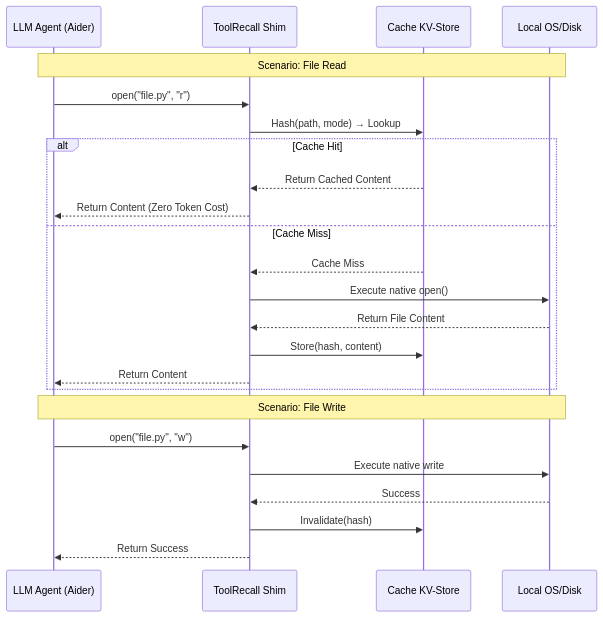
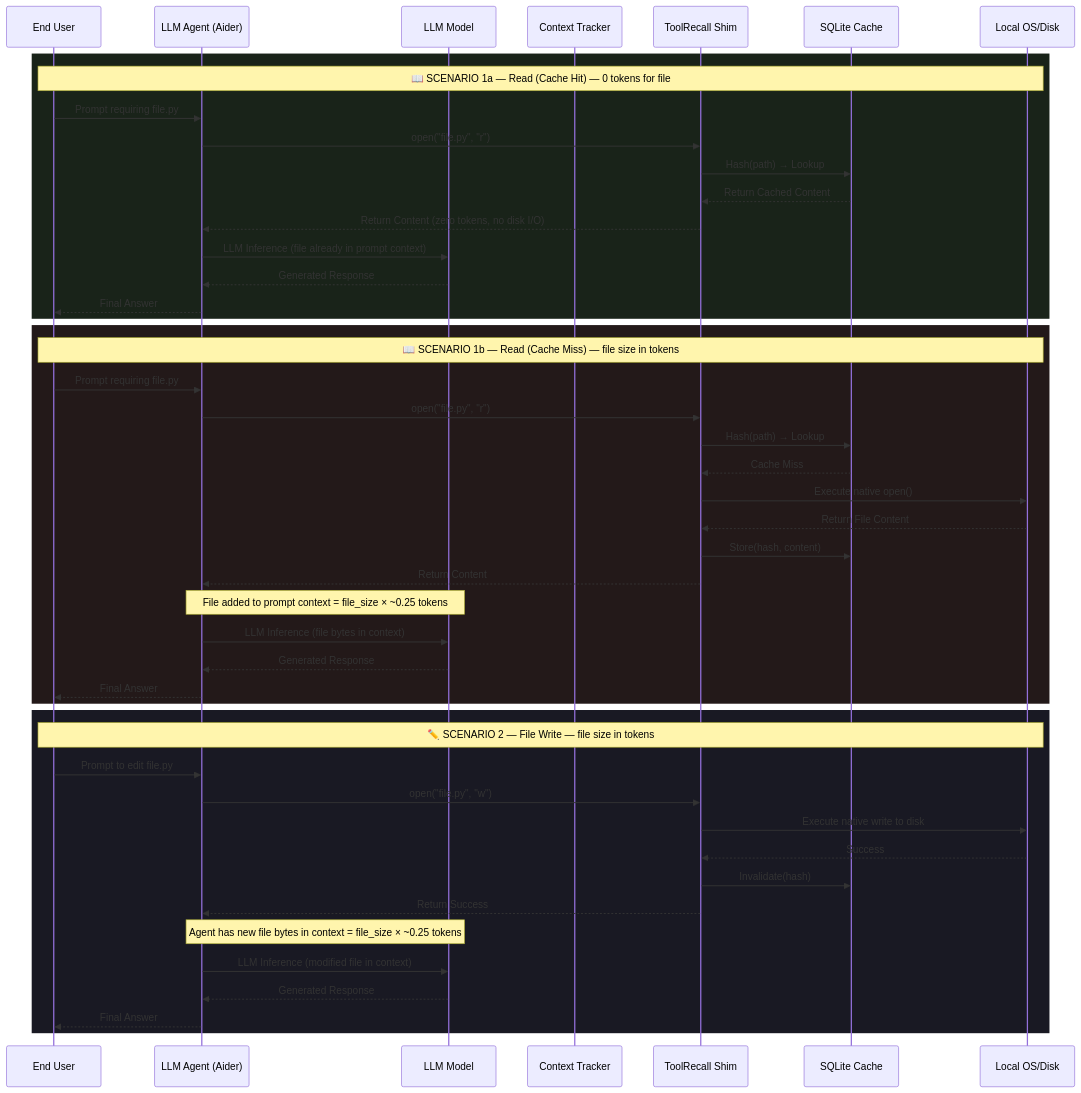
The second of 2 diagrams in docs/ARCHITECTURE_DIAGRAM.md (whiskybeer/toolrecall), drawn with Mermaid before and after one commit. The commit also changed other lines of this file, not shown here.

First line of the commit message:
docs: expand ARCHITECTURE_DIAGRAM with System block diagram, End User/Model/Context Tracker, token costs, SHIM_DISABLE docs

````diff
--- a/docs/ARCHITECTURE_DIAGRAM.md
+++ b/docs/ARCHITECTURE_DIAGRAM.md
@@ -20,29 +68,52 @@
 ```mermaid
 sequenceDiagram
+    participant User as End User
     participant Agent as LLM Agent (Aider)
+    participant Model as LLM Model
+    participant CT as Context Tracker
     participant Shim as ToolRecall Shim
-    participant KV as Cache KV-Store
+    participant SQLite as SQLite Cache
     participant OS as Local OS/Disk
 
-    Note over Agent, OS: Scenario: File Read
+    rect rgb(25, 35, 25)
+    Note over User, OS: 📖 SCENARIO 1a — Read (Cache Hit) — 0 tokens for file
+    User->>Agent: Prompt requiring file.py
     Agent->>Shim: open("file.py", "r")
-    Shim->>KV: Hash(path, mode) → Lookup
-    
-    alt Cache Hit
-        KV-->>Shim: Return Cached Content
-        Shim-->>Agent: Return Content (Zero Token Cost)
-    else Cache Miss
-        KV-->>Shim: Cache Miss
-        Shim->>OS: Execute native open()
-        OS-->>Shim: Return File Content
-        Shim->>KV: Store(hash, content)
-        Shim-->>Agent: Return Content
+    Shim->>SQLite: Hash(path) → Lookup
+    SQLite-->>Shim: Return Cached Content
+    Shim-->>Agent: Return Content (zero tokens, no disk I/O)
+    Agent->>Model: LLM Inference (file already in prompt context)
+    Model-->>Agent: Generated Response
+    Agent-->>User: Final Answer
     end
 
-    Note over Agent, OS: Scenario: File Write
+    rect rgb(35, 25, 25)
+    Note over User, OS: 📖 SCENARIO 1b — Read (Cache Miss) — file size in tokens
+    User->>Agent: Prompt requiring file.py
+    Agent->>Shim: open("file.py", "r")
+    Shim->>SQLite: Hash(path) → Lookup
+    SQLite-->>Shim: Cache Miss
+    Shim->>OS: Execute native open()
+    OS-->>Shim: Return File Content
+    Shim->>SQLite: Store(hash, content)
+    Shim-->>Agent: Return Content
+    Note over Agent, Model: File added to prompt context = file_size × ~0.25 tokens
+    Agent->>Model: LLM Inference (file bytes in context)
+    Model-->>Agent: Generated Response
+    Agent-->>User: Final Answer
+    end
+
+    rect rgb(25, 25, 35)
+    Note over User, OS: ✏️ SCENARIO 2 — File Write — file size in tokens
+    User->>Agent: Prompt to edit file.py
     Agent->>Shim: open("file.py", "w")
-    Shim->>OS: Execute native write
+    Shim->>OS: Execute native write to disk
     OS-->>Shim: Success
-    Shim->>KV: Invalidate(hash)
+    Shim->>SQLite: Invalidate(hash)
     Shim-->>Agent: Return Success
+    Note over Agent, Model: Agent has new file bytes in context = file_size × ~0.25 tokens
+    Agent->>Model: LLM Inference (modified file in context)
+    Model-->>Agent: Generated Response
+    Agent-->>User: Final Answer
+    end
 ```
````
